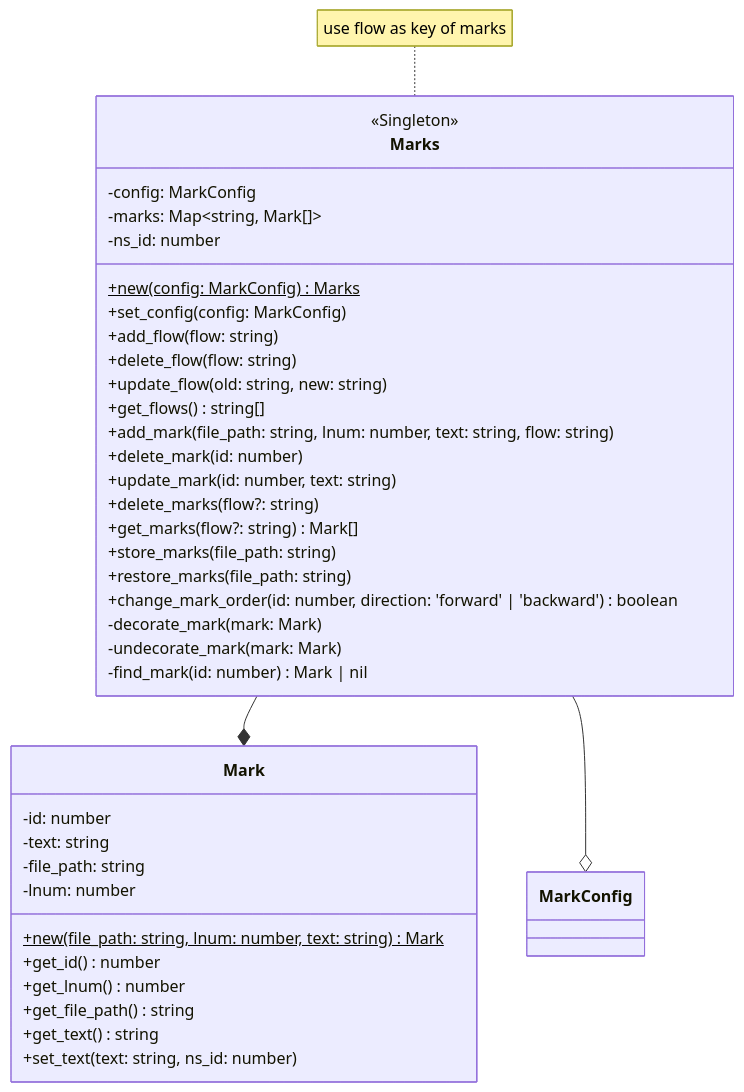
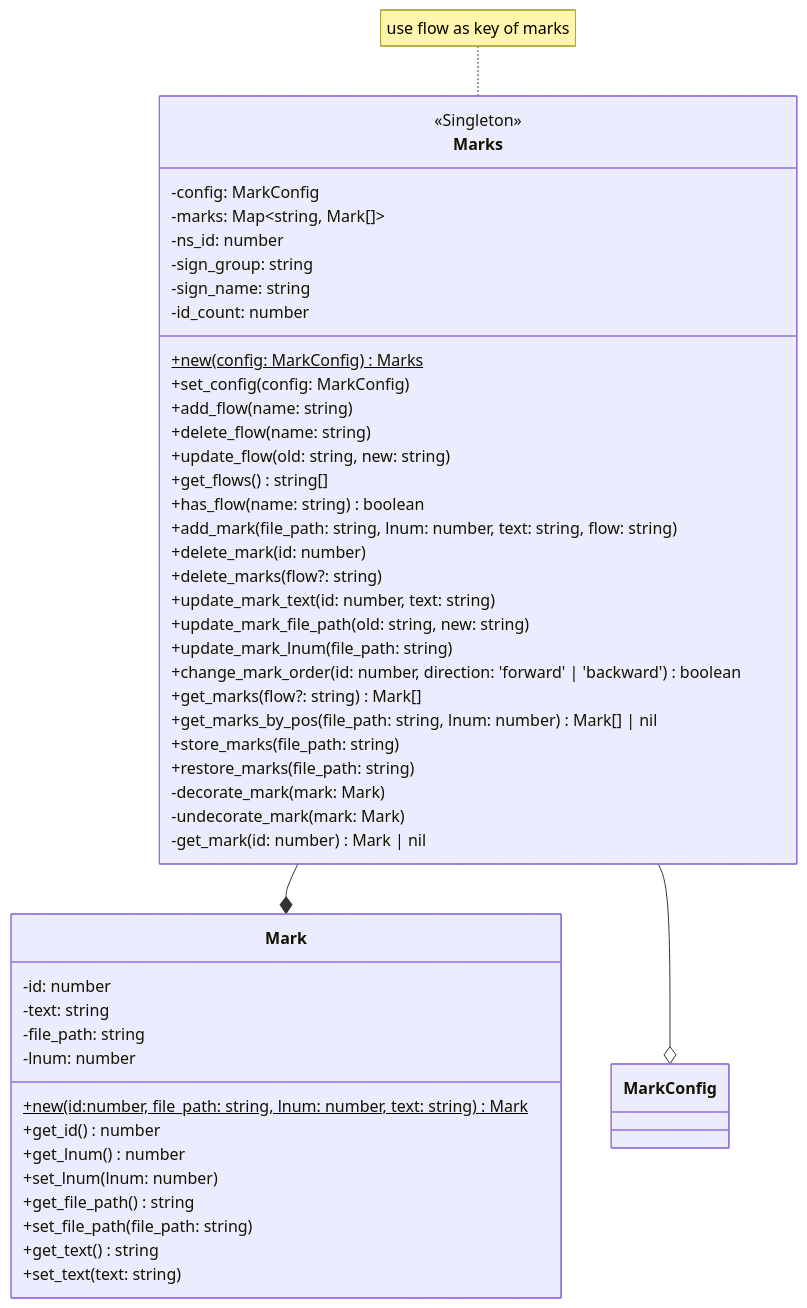
The third of 17 diagrams in DESIGN.md (niuiic/track.nvim), drawn with Mermaid before and after one commit. The commit also changed other lines of this file and 5 other files, not shown here.

````diff
--- a/DESIGN.md
+++ b/DESIGN.md
@@ -74,49 +94,58 @@
 ```mermaid
 classDiagram
     note for Marks "use flow as key of marks"
     Marks --* Mark
     Marks --o MarkConfig
     class Marks {
         <<Singleton>>
 
         -config: MarkConfig
         -marks: Map~string, Mark[]~
         -ns_id: number
+        -sign_group: string
+        -sign_name: string
+        -id_count: number
 
         %% new
         +new(config: MarkConfig)$ Marks
         %% config
         +set_config(config: MarkConfig)
         %% flow
-        +add_flow(flow: string)
-        +delete_flow(flow: string)
+        +add_flow(name: string)
+        +delete_flow(name: string)
         +update_flow(old: string, new: string)
         +get_flows() string[]
+        +has_flow(name: string) boolean
         %% mark
         +add_mark(file_path: string, lnum: number, text: string, flow: string)
         +delete_mark(id: number)
-        +update_mark(id: number, text: string)
         +delete_marks(flow?: string)
+        +update_mark_text(id: number, text: string)
+        +update_mark_file_path(old: string, new: string)
+        +update_mark_lnum(file_path: string)
+        +change_mark_order(id: number, direction: 'forward' | 'backward') boolean
         +get_marks(flow?: string) Mark[]
+        +get_marks_by_pos(file_path: string, lnum: number) Mark[] | nil
         +store_marks(file_path: string)
         +restore_marks(file_path: string)
-        +change_mark_order(id: number, direction: 'forward' | 'backward') boolean
         -decorate_mark(mark: Mark)
         -undecorate_mark(mark: Mark)
-        -find_mark(id: number) Mark | nil
+        -get_mark(id: number) Mark | nil
     }
 
     class Mark {
         -id: number
         -text: string
         -file_path: string
         -lnum: number
 
-        +new(file_path: string, lnum: number, text: string)$ Mark
+        +new(id:number, file_path: string, lnum: number, text: string)$ Mark
         +get_id() number
         +get_lnum() number
+        +set_lnum(lnum: number)
         +get_file_path() string
+        +set_file_path(file_path: string)
         +get_text() string
-        +set_text(text: string, ns_id: number)
+        +set_text(text: string)
     }
 ```
````
